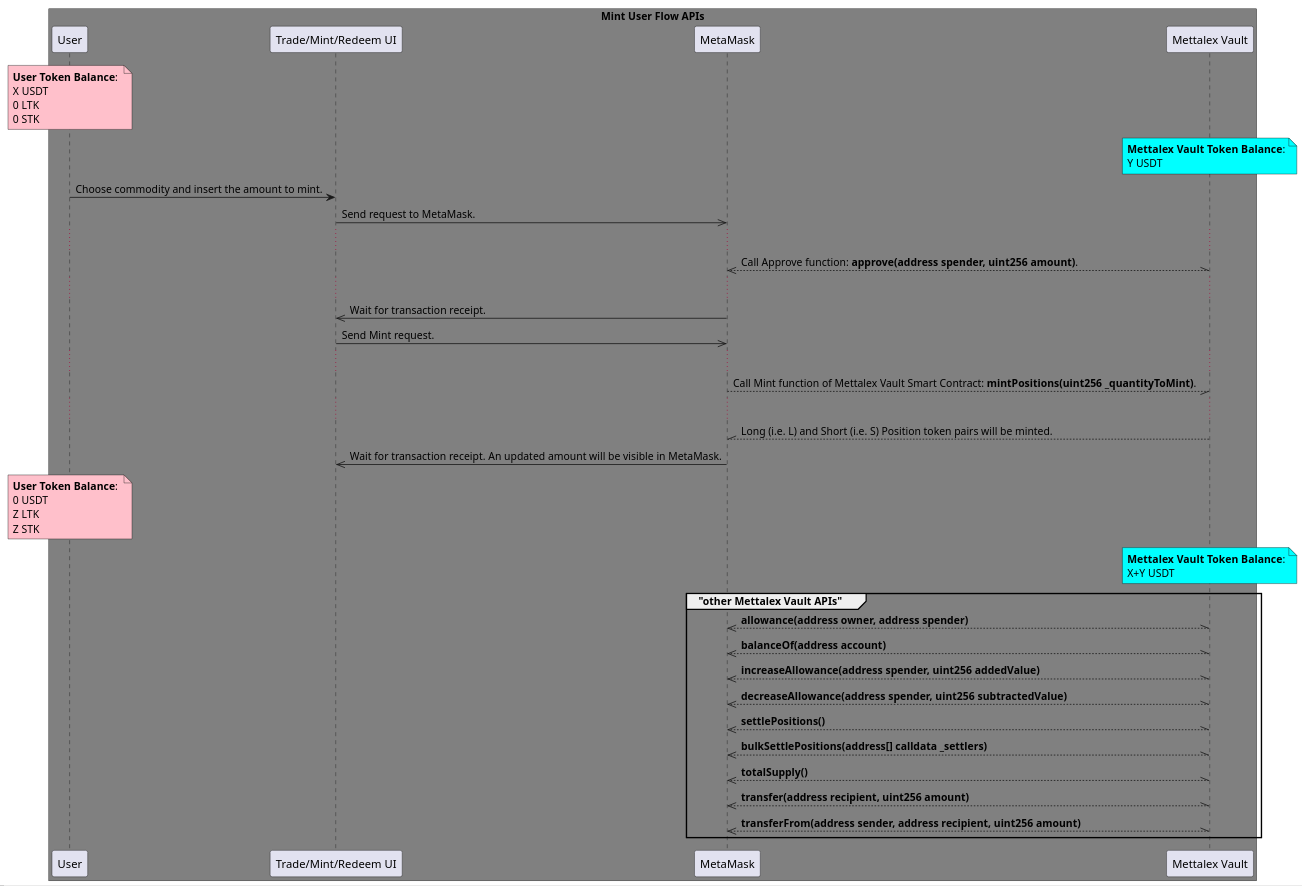
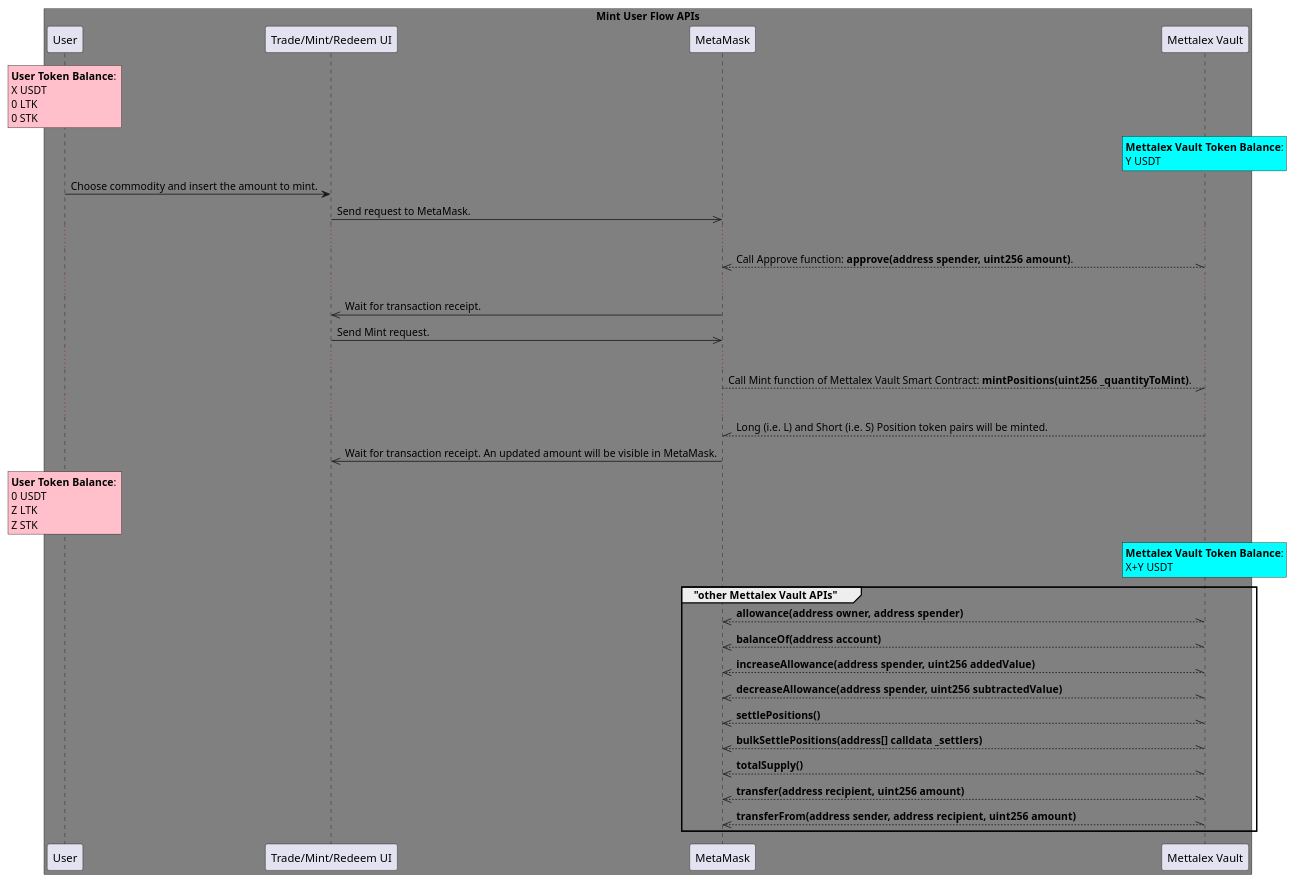
One commit to fetchai/mettalex-documentation changed the diagram in PlantUML and png diagrams/Mint APIs.puml. Above: the diagram before and after it, drawn with PlantUML. The commit also changed 9 other files, not shown here.

Commit message:
PlantUML Diagrams

```diff
--- a/PlantUML and png diagrams/Mint APIs.puml
+++ b/PlantUML and png diagrams/Mint APIs.puml
@@ -1,43 +1,43 @@
 @startuml
 
 box "Mint User Flow APIs" #grey
 participant "User" as user
 participant "Trade/Mint/Redeem UI" as UI
 participant "MetaMask" as MM
 participant "Mettalex Vault" as MV
 
 end box
 
-note over user #pink: **User Token Balance**: \nX USDT \n0 LTK \n0 STK
-note over MV #aqua: **Mettalex Vault Token Balance**:\nY USDT
+rnote over user #pink: **User Token Balance**: \nX USDT \n0 LTK \n0 STK
+rnote over MV #aqua: **Mettalex Vault Token Balance**:\nY USDT
 
 user -> UI: Choose commodity and insert the amount to mint.
 UI ->> MM: Send request to MetaMask.
 ...
 MM //--\\ MV: Call Approve function: **approve(address spender, uint256 amount)**.
 ...
 MM ->> UI: Wait for transaction receipt.
 UI ->> MM: Send Mint request.
 ...
 MM --// MV: Call Mint function of Mettalex Vault Smart Contract: **mintPositions(uint256 _quantityToMint)**.
 ...
 MV --\\ MM: Long (i.e. L) and Short (i.e. S) Position token pairs will be minted.
 MM ->> UI: Wait for transaction receipt. An updated amount will be visible in MetaMask.
 
-note over user #pink: **User Token Balance**: \n0 USDT \nZ LTK \nZ STK
-note over MV #aqua: **Mettalex Vault Token Balance**:\nX+Y USDT
+rnote over user #pink: **User Token Balance**: \n0 USDT \nZ LTK \nZ STK
+rnote over MV #aqua: **Mettalex Vault Token Balance**:\nX+Y USDT
 
 group "other Mettalex Vault APIs"
 MM //--\\ MV: **allowance(address owner, address spender)**
 MM //--\\ MV: **balanceOf(address account)**
 MM //--\\ MV: **increaseAllowance(address spender, uint256 addedValue)**
 MM //--\\ MV: **decreaseAllowance(address spender, uint256 subtractedValue)**
 MM //--\\ MV: **settlePositions()**
 MM //--\\ MV: **bulkSettlePositions(address[] calldata _settlers)**
 MM //--\\ MV: **totalSupply()**
 MM //--\\ MV: **transfer(address recipient, uint256 amount)**
 MM //--\\ MV: **transferFrom(address sender, address recipient, uint256 amount)**
 
 end group
 
 @enduml
```
